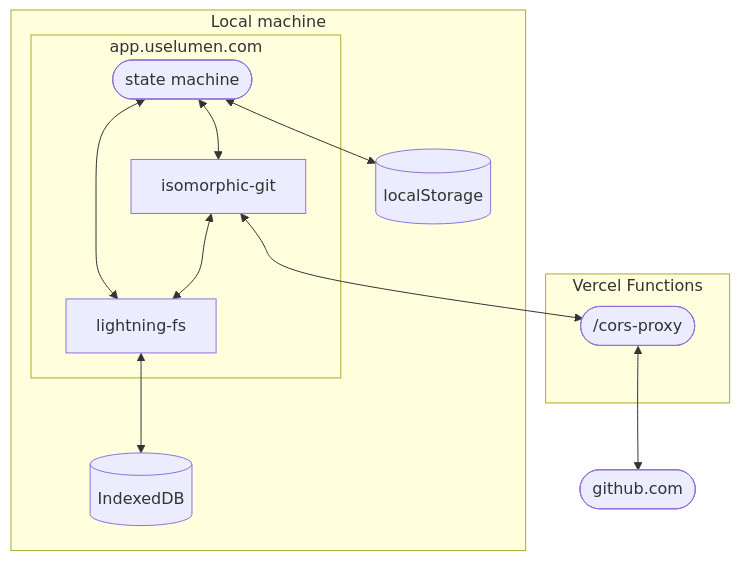
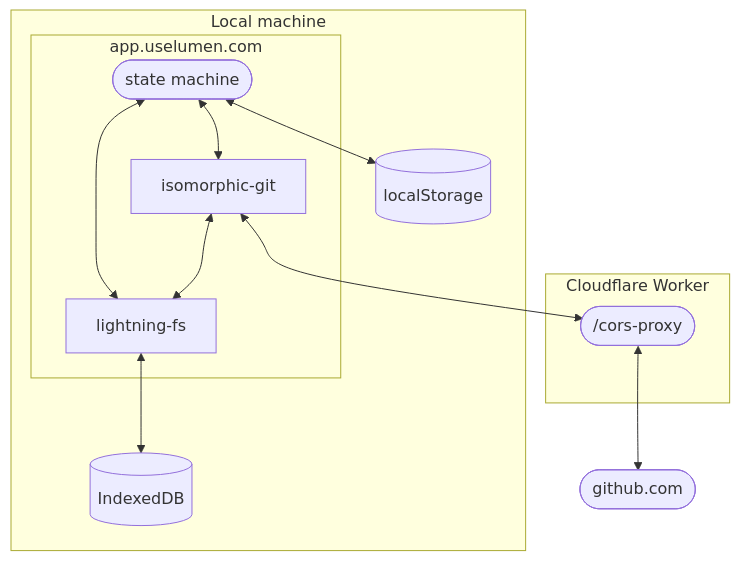
One commit to finnformica/percolate changed the diagram in CONTRIBUTING.md. Above: the diagram before and after it, drawn with Mermaid. The commit also changed other lines of this file and 21 other files, not shown here.

````diff
--- a/CONTRIBUTING.md
+++ b/CONTRIBUTING.md
@@ -42,27 +42,27 @@
 ```mermaid
 graph
     subgraph local[Local machine]
       subgraph app.uselumen.com
         state-machine([state machine])
         isomorphic-git[isomorphic-git]
         lightning-fs[lightning-fs]
       end
 
       local-storage[(localStorage)]
       indexeddb[(IndexedDB)]
     end
 
-    subgraph edge[Vercel Functions]
+    subgraph edge[Cloudflare Worker]
       cors-proxy(["/cors-proxy"])
     end
 
     github.com([github.com])
 
     state-machine <--> isomorphic-git
     state-machine <--> lightning-fs
     state-machine <--> local-storage
     isomorphic-git <--> lightning-fs
     isomorphic-git <--> cors-proxy
     lightning-fs <--> indexeddb
     cors-proxy <--> github.com
 ```
````
